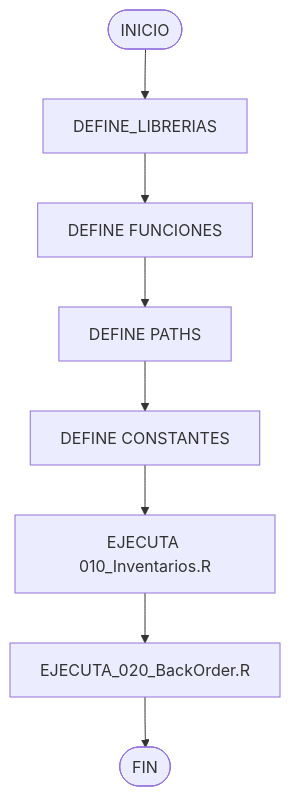
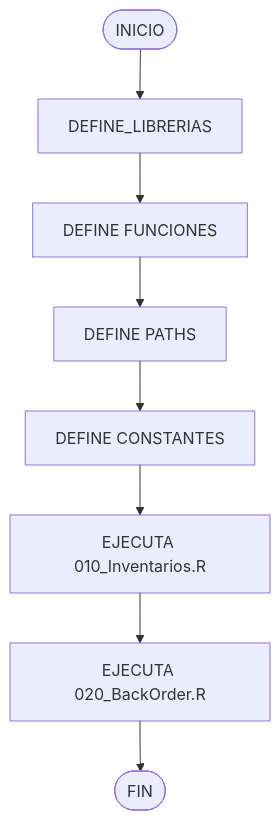
The second of 4 diagrams in README.md (Servidor-MX1-Producto/FORECAST_LUXOTTICA), drawn with Mermaid before and after one commit. The commit also changed other lines of this file, not shown here.

````diff
--- a/README.md
+++ b/README.md
@@ -91,10 +91,10 @@
 ```mermaid
 graph TD
     A([INICIO]) --> B[DEFINE_LIBRERIAS]
     B --> C[DEFINE FUNCIONES]
     C --> D[DEFINE PATHS]
     D --> E[DEFINE CONSTANTES]
     E --> F[EJECUTA 010_Inventarios.R]
-    F --> G[EJECUTA_020_BackOrder.R]
+    F --> G[EJECUTA 020_BackOrder.R]
     G --> H([FIN])
 ```
````
